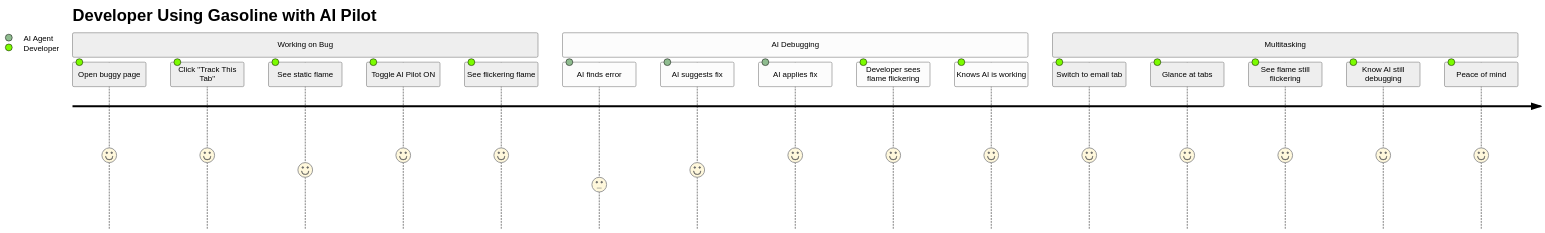
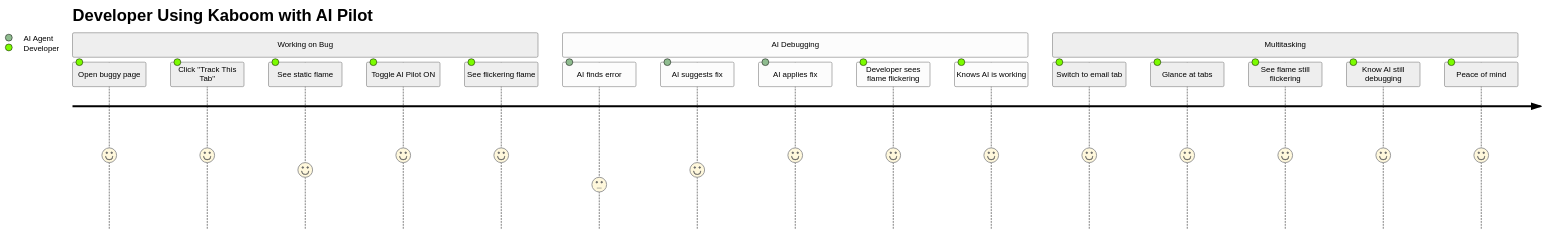
One commit to brennhill/gasoline-mcp-ai-devtools changed the tenth of 10 diagrams in docs/architecture/diagrams/flame-flicker-visual.md. Above: the diagram before and after it, drawn with Mermaid (neutral theme). The commit also changed other lines of this file and 1983 other files, not shown here.

````diff
--- a/docs/architecture/diagrams/flame-flicker-visual.md
+++ b/docs/architecture/diagrams/flame-flicker-visual.md
@@ -269,25 +269,25 @@
 ```mermaid
 journey
-    title Developer Using Gasoline with AI Pilot
+    title Developer Using Kaboom with AI Pilot
 
     section Working on Bug
       Open buggy page: 5: Developer
       Click "Track This Tab": 5: Developer
       See static flame: 4: Developer
       Toggle AI Pilot ON: 5: Developer
       See flickering flame: 5: Developer
 
     section AI Debugging
       AI finds error: 3: AI Agent
       AI suggests fix: 4: AI Agent
       AI applies fix: 5: AI Agent
       Developer sees flame flickering: 5: Developer
       Knows AI is working: 5: Developer
 
     section Multitasking
       Switch to email tab: 5: Developer
       Glance at tabs: 5: Developer
       See flame still flickering: 5: Developer
       Know AI still debugging: 5: Developer
       Peace of mind: 5: Developer
 ```
````
